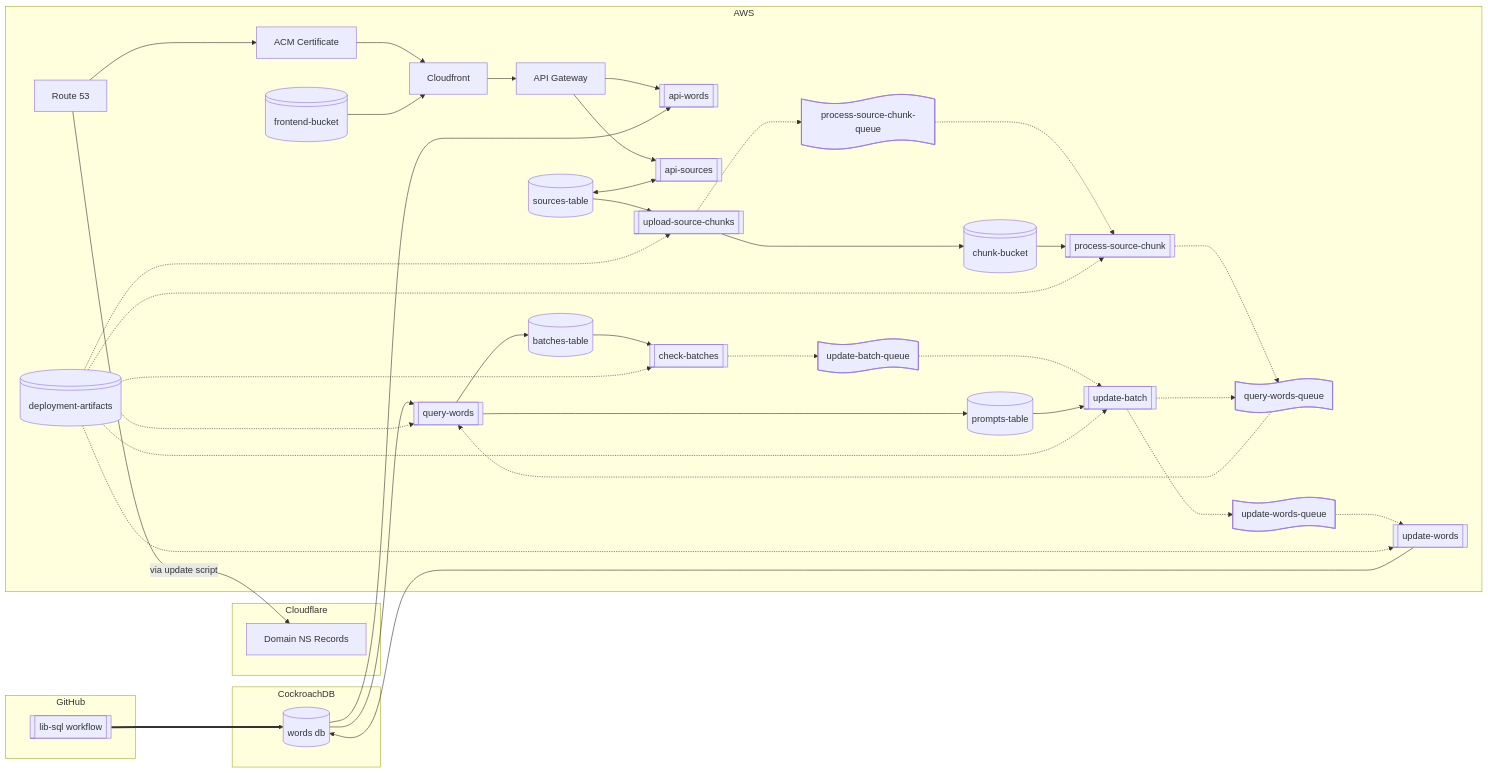
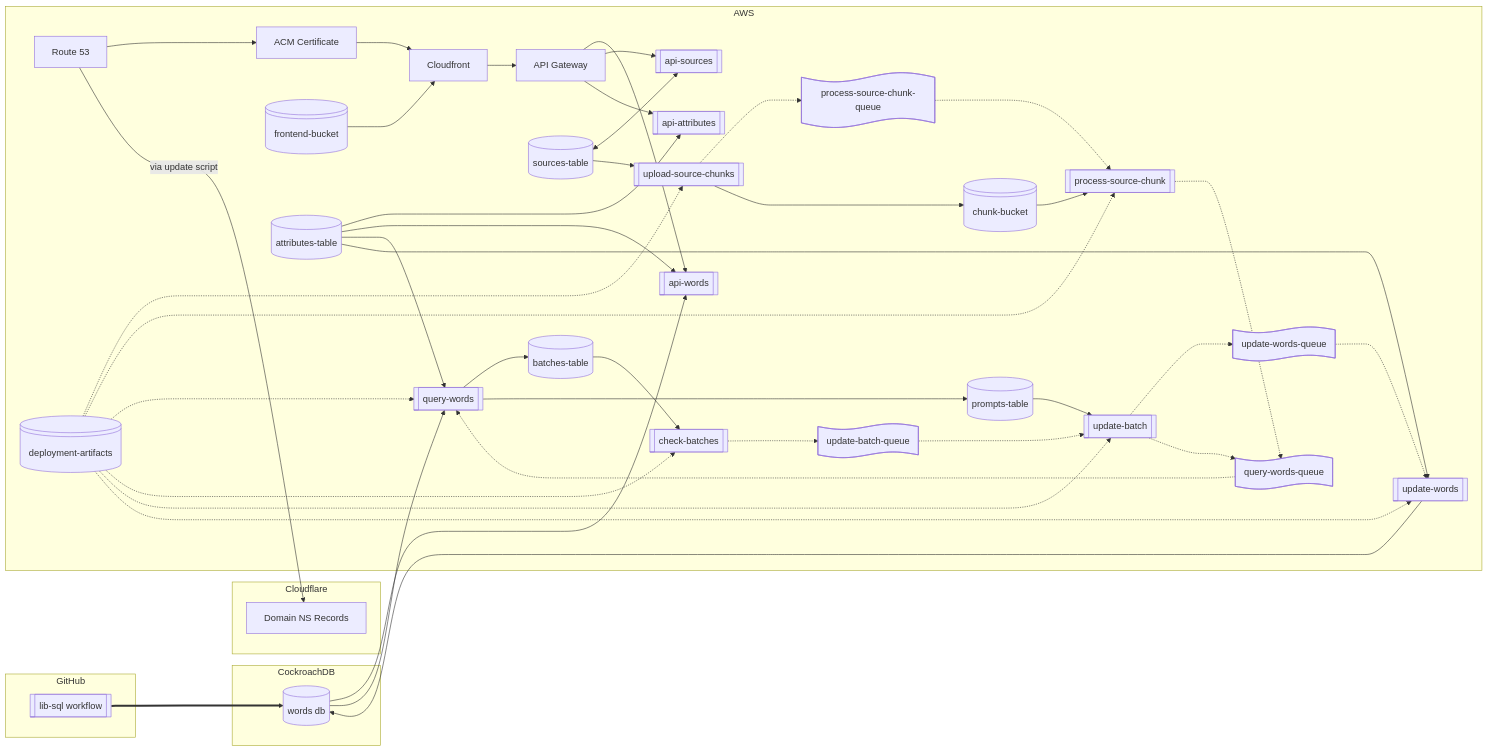
Before and after one commit to word-list/infrastructure: the diagram in README.md, drawn with Mermaid.

Commit message:
Update README to add api-attributes

```diff
--- a/README.md
+++ b/README.md
@@ -26,6 +26,7 @@
 
         api_words[[api-words]]
         api_sources[[api-sources]]    
+        api_attributes[[api-attributes]]
 
         upload_source_chunks[[upload-source-chunks]]    
         process_source_chunk[[process-source-chunk]]
@@ -47,6 +48,7 @@
         sources_table[(sources-table)]
         batches_table[(batches-table)]
         prompts_table[(prompts-table)]
+        attributes_table[(attributes-table)]
         
         route_53 --> certificate --> cloudfront
         
@@ -57,6 +59,7 @@
             --> api_gateway
             --> api_words  
         api_gateway --> api_sources
+        api_gateway --> api_attributes
 
         upload_source_chunks 
             -..-> process_source_chunk_queue 
@@ -71,6 +74,11 @@
 
         sources_table <--> api_sources
         sources_table --> upload_source_chunks
+
+        attributes_table --> api_attributes
+        attributes_table --> api_words
+        attributes_table --> query_words
+        attributes_table --> update_words
 
         query_words --> batches_table
         query_words --> prompts_table
```
